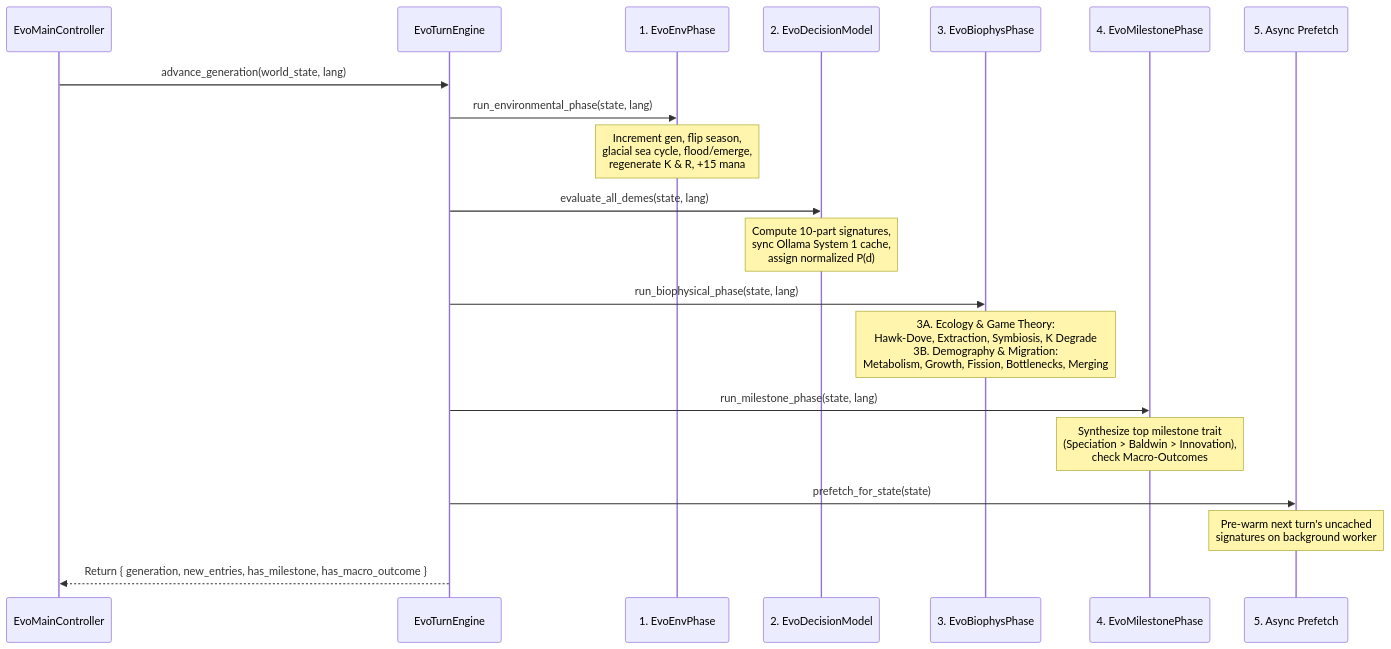
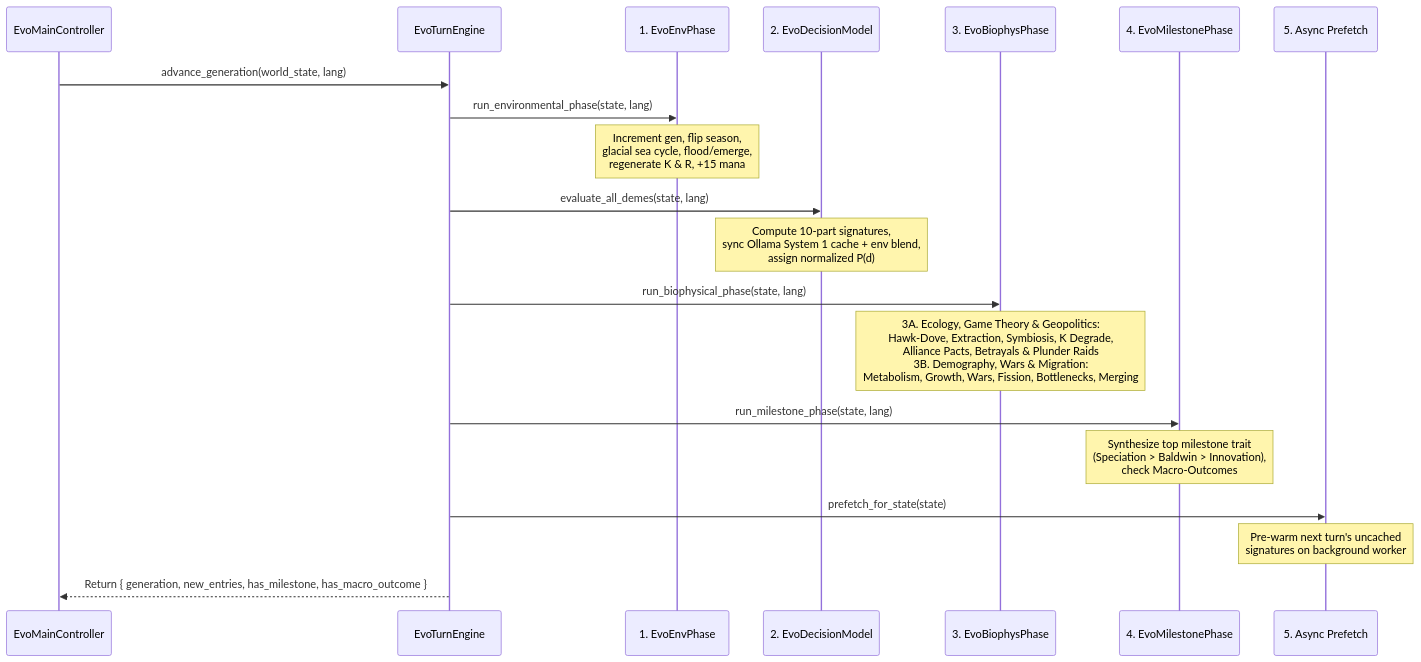
The first of 2 diagrams in gh-pages/turn_iterations_mechanics.md (arrase/Evolution), drawn with Mermaid before and after one commit. The commit also changed other lines of this file and 47 other files, not shown here.

````diff
--- a/gh-pages/turn_iterations_mechanics.md
+++ b/gh-pages/turn_iterations_mechanics.md
@@ -9,23 +9,23 @@
 ```mermaid
 sequenceDiagram
     participant Main as EvoMainController
     participant Turn as EvoTurnEngine
     participant Env as 1. EvoEnvPhase
     participant Cog as 2. EvoDecisionModel
     participant Bio as 3. EvoBiophysPhase
     participant Mile as 4. EvoMilestonePhase
     participant Pre as 5. Async Prefetch
 
     Main->>Turn: advance_generation(world_state, lang)
     Turn->>Env: run_environmental_phase(state, lang)
     Note over Env: Increment gen, flip season,<br/>glacial sea cycle, flood/emerge,<br/>regenerate K & R, +15 mana
     Turn->>Cog: evaluate_all_demes(state, lang)
-    Note over Cog: Compute 10-part signatures,<br/>sync Ollama System 1 cache,<br/>assign normalized P(d)
+    Note over Cog: Compute 10-part signatures,<br/>sync Ollama System 1 cache + env blend,<br/>assign normalized P(d)
     Turn->>Bio: run_biophysical_phase(state, lang)
-    Note over Bio: 3A. Ecology & Game Theory:<br/>Hawk-Dove, Extraction, Symbiosis, K Degrade<br/>3B. Demography & Migration:<br/>Metabolism, Growth, Fission, Bottlenecks, Merging
+    Note over Bio: 3A. Ecology, Game Theory & Geopolitics:<br/>Hawk-Dove, Extraction, Symbiosis, K Degrade,<br/>Alliance Pacts, Betrayals & Plunder Raids<br/>3B. Demography, Wars & Migration:<br/>Metabolism, Growth, Wars, Fission, Bottlenecks, Merging
     Turn->>Mile: run_milestone_phase(state, lang)
     Note over Mile: Synthesize top milestone trait<br/>(Speciation > Baldwin > Innovation),<br/>check Macro-Outcomes
     Turn->>Pre: prefetch_for_state(state)
     Note over Pre: Pre-warm next turn's uncached<br/>signatures on background worker
     Turn-->>Main: Return { generation, new_entries, has_milestone, has_macro_outcome }
 ```
````
